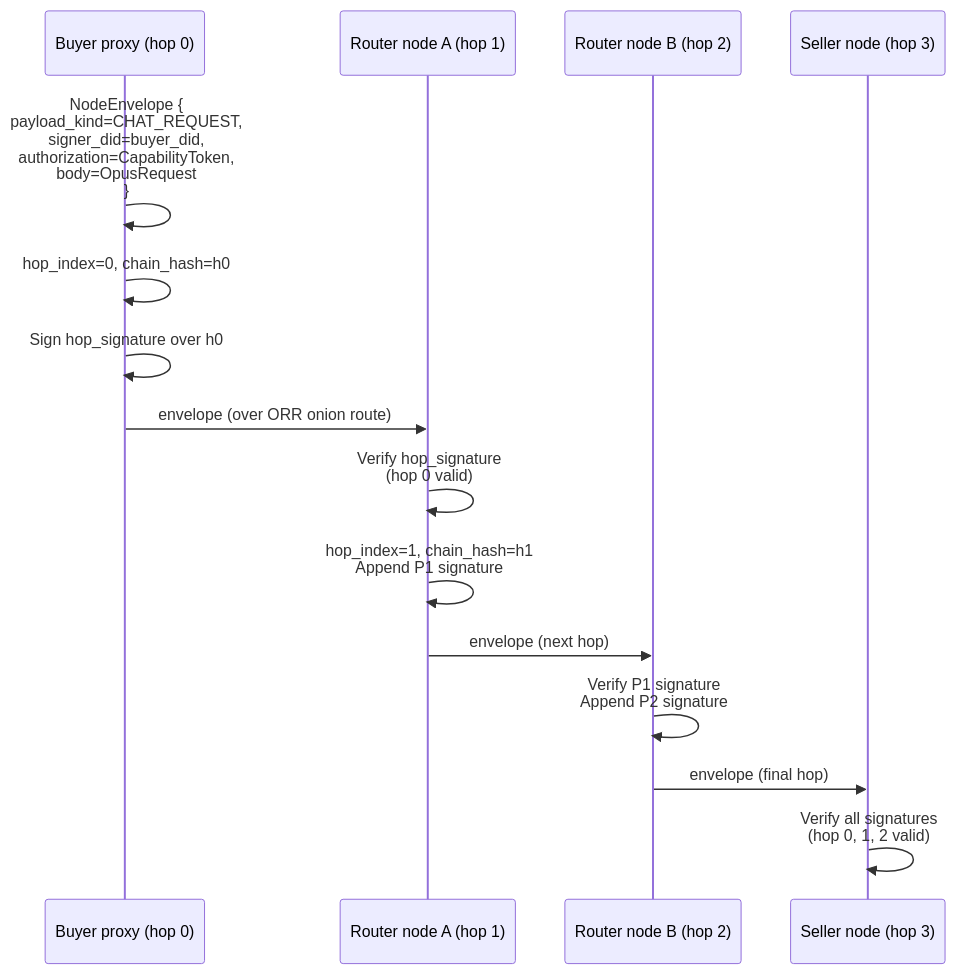
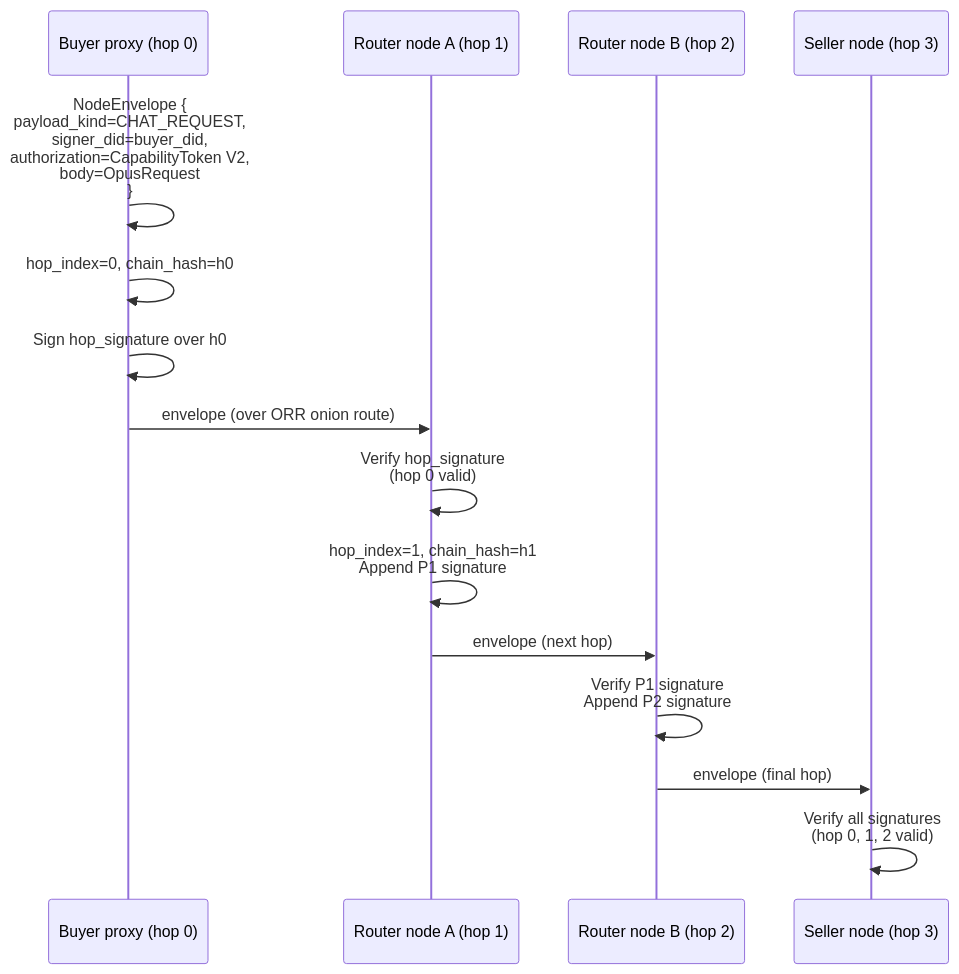
One commit to CipherOcto/cipherocto changed the eighth of 14 diagrams in docs/architecture/end-to-end-scenarios.md. Above: the diagram before and after it, drawn with Mermaid. The commit also changed other lines of this file, not shown here.

````diff
--- a/docs/architecture/end-to-end-scenarios.md
+++ b/docs/architecture/end-to-end-scenarios.md
@@ -316,18 +341,18 @@
 ```mermaid
 sequenceDiagram
     participant P0 as Buyer proxy (hop 0)
     participant P1 as Router node A (hop 1)
     participant P2 as Router node B (hop 2)
     participant SN as Seller node (hop 3)
 
-    P0->>P0: NodeEnvelope {<br/>  payload_kind=CHAT_REQUEST,<br/>  signer_did=buyer_did,<br/>  authorization=CapabilityToken,<br/>  body=OpusRequest<br/>}
+    P0->>P0: NodeEnvelope {<br/>  payload_kind=CHAT_REQUEST,<br/>  signer_did=buyer_did,<br/>  authorization=CapabilityToken V2,<br/>  body=OpusRequest<br/>}
     P0->>P0: hop_index=0, chain_hash=h0
     P0->>P0: Sign hop_signature over h0
     P0->>P1: envelope (over ORR onion route)
     P1->>P1: Verify hop_signature<br/>(hop 0 valid)
     P1->>P1: hop_index=1, chain_hash=h1<br/>Append P1 signature
     P1->>P2: envelope (next hop)
     P2->>P2: Verify P1 signature<br/>Append P2 signature
     P2->>SN: envelope (final hop)
     SN->>SN: Verify all signatures<br/>(hop 0, 1, 2 valid)
 ```
````
